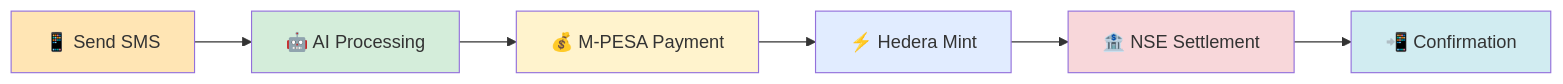
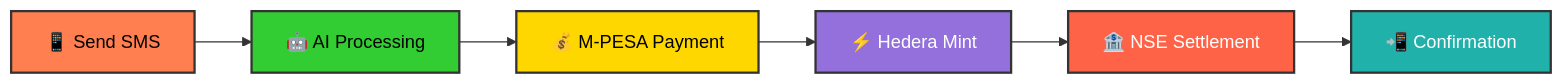
Before and after one commit to RayMune/Text-A-HBAR-Hackathon: the first of 2 diagrams in readme.md, drawn with Mermaid. The commit also changed other lines of this file, not shown here.

````diff
--- a/readme.md
+++ b/readme.md
@@ -194,15 +194,15 @@
 ```mermaid
 graph LR
     A[📱 Send SMS] --> B[🤖 AI Processing]
     B --> C[💰 M-PESA Payment]
     C --> D[⚡ Hedera Mint]
     D --> E[🏦 NSE Settlement]
     E --> F[📲 Confirmation]
     
-    style A fill:#FFE5B4
-    style B fill:#D4EDDA
-    style C fill:#FFF3CD
-    style D fill:#E1ECFF
-    style E fill:#F8D7DA
-    style F fill:#D1ECF1
+    style A fill:#FF7F50,stroke:#333,stroke-width:2px,color:#000
+    style B fill:#32CD32,stroke:#333,stroke-width:2px,color:#000
+    style C fill:#FFD700,stroke:#333,stroke-width:2px,color:#000
+    style D fill:#9370DB,stroke:#333,stroke-width:2px,color:#FFF
+    style E fill:#FF6347,stroke:#333,stroke-width:2px,color:#FFF
+    style F fill:#20B2AA,stroke:#333,stroke-width:2px,color:#FFF
 ```
````
